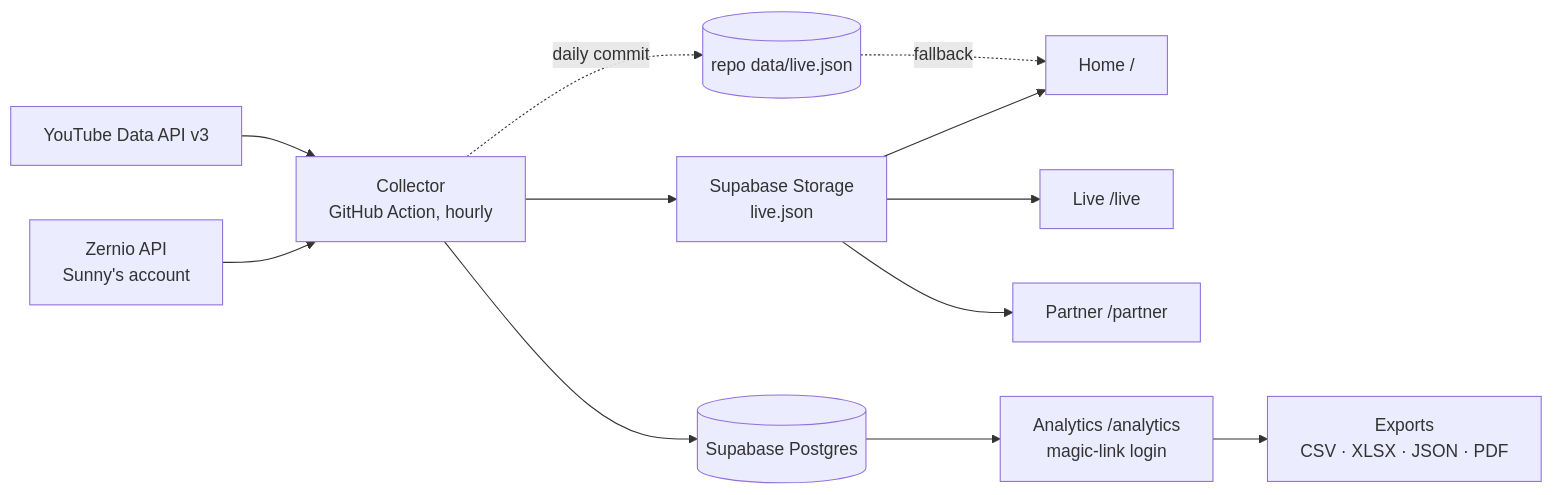
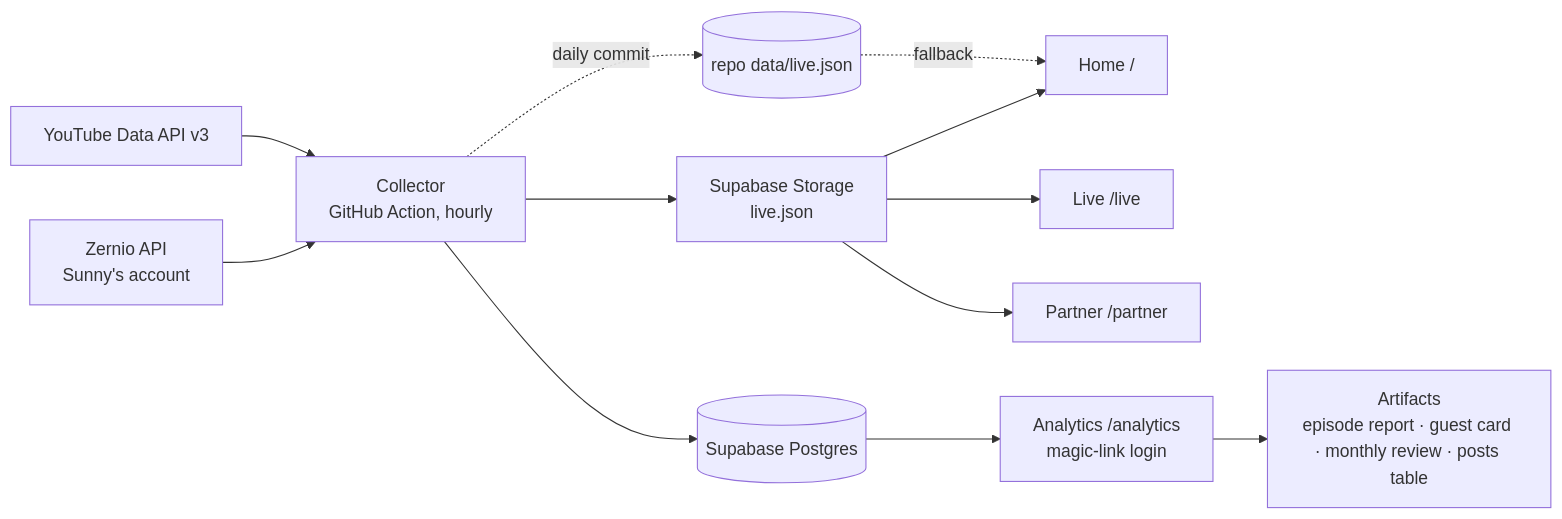
One commit to neramitsingh/tsntalks changed the diagram in docs/superpowers/specs/2026-09-15-tsn-talks-live-design.md. Above: the diagram before and after it, drawn with Mermaid. The commit also changed other lines of this file, not shown here.

First line of the commit message:
docs(spec): replace generic exports with purpose-built artifacts

````diff
--- a/docs/superpowers/specs/2026-09-15-tsn-talks-live-design.md
+++ b/docs/superpowers/specs/2026-09-15-tsn-talks-live-design.md
@@ -27,14 +27,14 @@
 ```mermaid
 flowchart LR
   Z[Zernio API<br/>Sunny's account] --> C[Collector<br/>GitHub Action, hourly]
   Y[YouTube Data API v3] --> C
   C --> DB[(Supabase Postgres)]
   C --> S[Supabase Storage<br/>live.json]
   C -. daily commit .-> R[(repo data/live.json)]
   S --> H[Home  /]
   S --> L[Live  /live]
   S --> P[Partner  /partner]
   R -. fallback .-> H
   DB --> A[Analytics  /analytics<br/>magic-link login]
-  A --> X[Exports<br/>CSV · XLSX · JSON · PDF]
+  A --> X[Artifacts<br/>episode report · guest card · monthly review · posts table]
 ```
````
